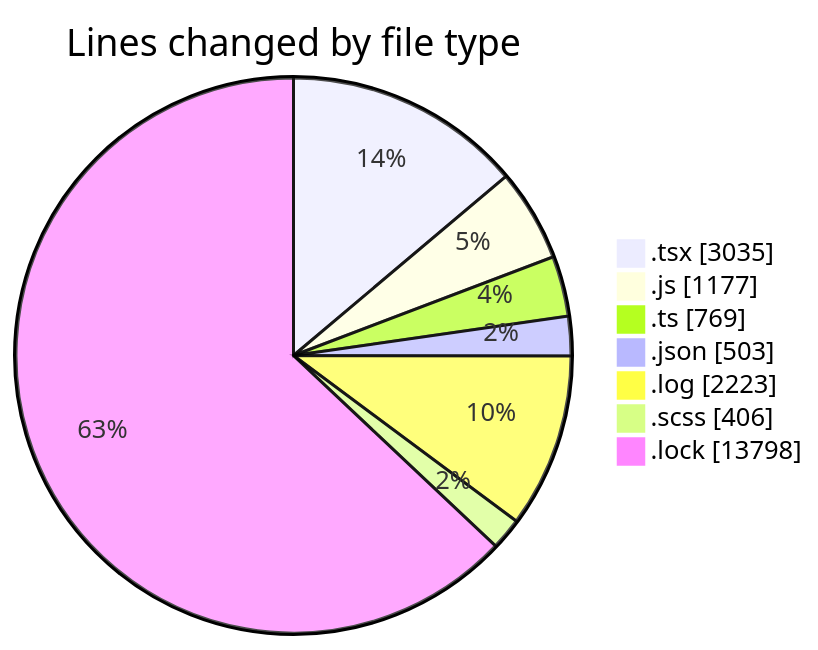
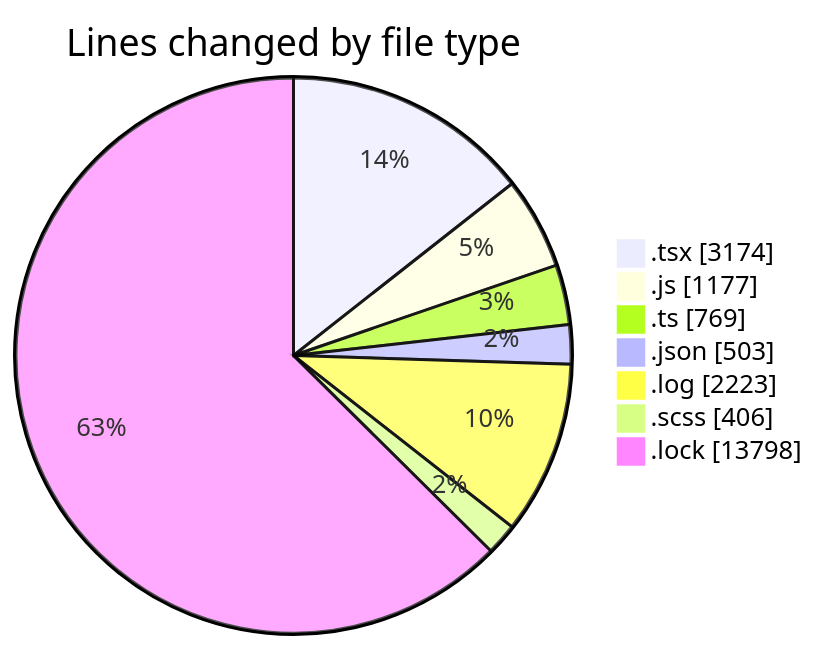
Before and after one commit to momahboobian/code-tracking: the first of 2 diagrams in 2026-04-17/cda/README.md, drawn with Mermaid. The commit also changed other lines of this file and 1 other file, not shown here.

````diff
--- a/2026-04-17/cda/README.md
+++ b/2026-04-17/cda/README.md
@@ -52,11 +53,11 @@
 ```mermaid
 pie showData
 title Lines changed by file type
-".tsx" : 3035
+".tsx" : 3174
 ".js" : 1177
 ".ts" : 769
 ".json" : 503
 ".log" : 2223
 ".scss" : 406
 ".lock" : 13798
 ```
````
